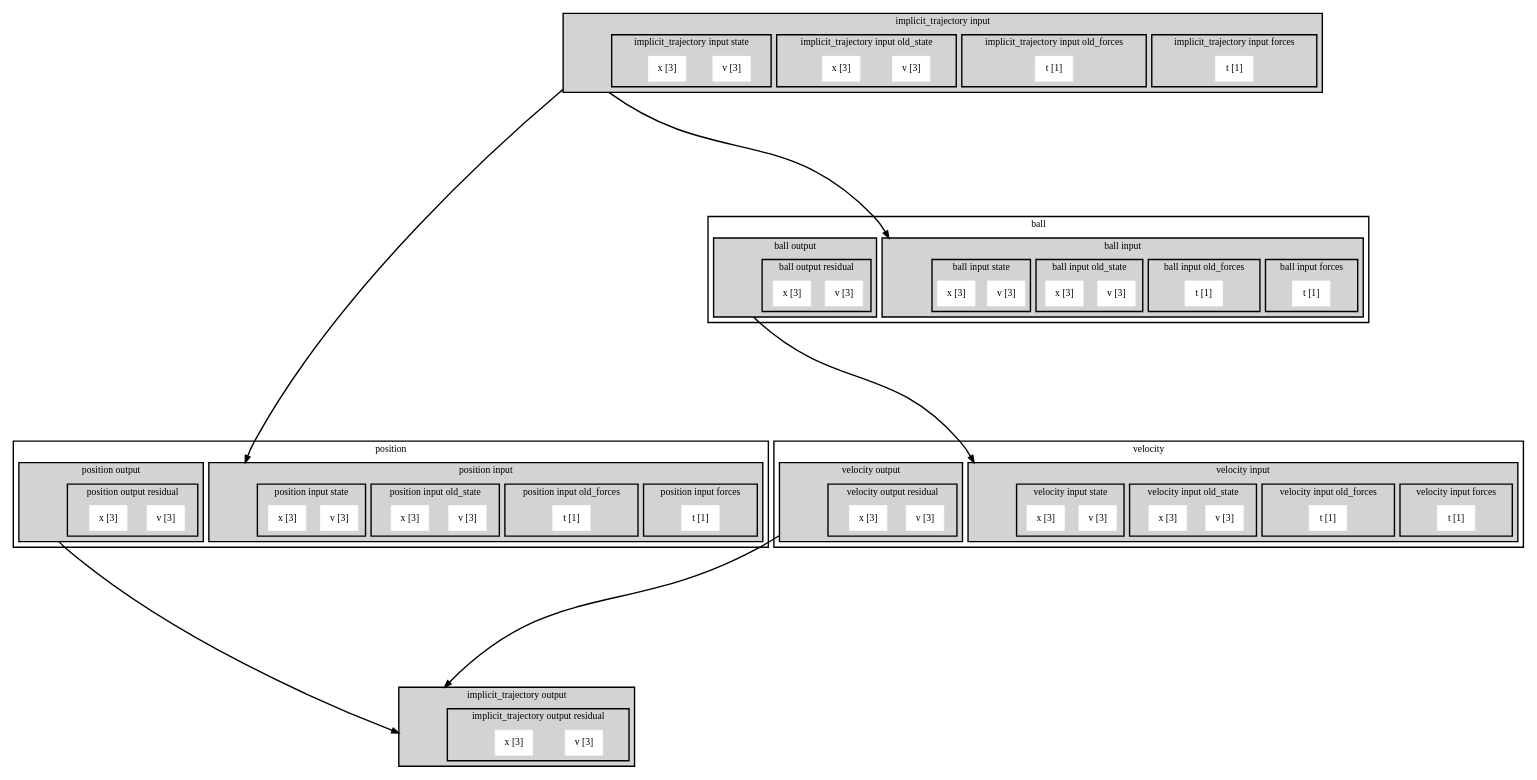
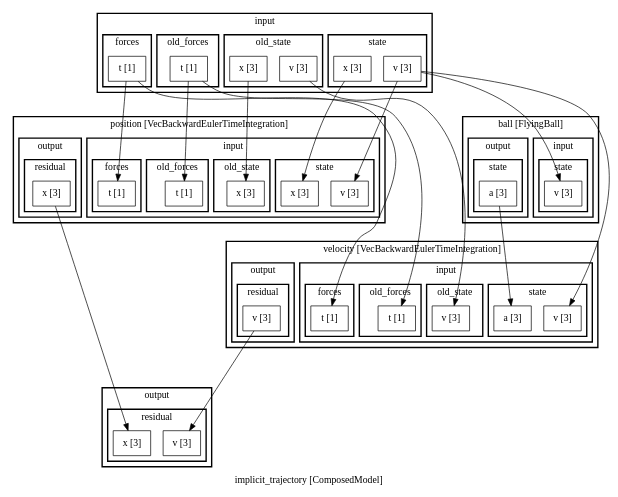
The diagram in implicit_trajectory.dot (hugary1995/neml2-workshop), drawn with Graphviz before and after one commit. The commit also changed 1 other file, not shown here.

```diff
--- a/implicit_trajectory.dot
+++ b/implicit_trajectory.dot
@@ -1,170 +1,123 @@
-digraph {
-compound = true
-graph [ranksep = 4, penwidth = 2]
-subgraph cluster_1 {
-label = "implicit_trajectory input"
-bgcolor = lightgrey
-"implicit_trajectory input" [label = "", style = invis]
-subgraph cluster_2 {
-label = "implicit_trajectory input forces"
-bgcolor = lightgrey
-"implicit_trajectory input forces t" [style = filled, color = white, shape = Square, label = "t [1]"]
+digraph cluster_0 {
+  graph [ranksep = 2; penwidth = 2;];
+  label = "implicit_trajectory [ComposedModel]";
+  subgraph cluster_1 {
+    label = "input";
+    subgraph cluster_2 {
+      label = "forces";
+      "implicit_trajectory/input/forces/t" [shape = Square;label = "t [1]";];
+    }
+    subgraph cluster_3 {
+      label = "old_forces";
+      "implicit_trajectory/input/old_forces/t" [shape = Square;label = "t [1]";];
+    }
+    subgraph cluster_4 {
+      label = "old_state";
+      "implicit_trajectory/input/old_state/v" [shape = Square;label = "v [3]";];
+      "implicit_trajectory/input/old_state/x" [shape = Square;label = "x [3]";];
+    }
+    subgraph cluster_5 {
+      label = "state";
+      "implicit_trajectory/input/state/v" [shape = Square;label = "v [3]";];
+      "implicit_trajectory/input/state/x" [shape = Square;label = "x [3]";];
+    }
+  }
+  subgraph cluster_6 {
+    label = "output";
+    subgraph cluster_7 {
+      label = "residual";
+      "implicit_trajectory/output/residual/v" [shape = Square;label = "v [3]";];
+      "implicit_trajectory/output/residual/x" [shape = Square;label = "x [3]";];
+    }
+  }
+  subgraph cluster_8 {
+    label = "position [VecBackwardEulerTimeIntegration]";
+    subgraph cluster_9 {
+      label = "input";
+      subgraph cluster_10 {
+        label = "forces";
+        "position/input/forces/t" [shape = Square;label = "t [1]";];
+      }
+      subgraph cluster_11 {
+        label = "old_forces";
+        "position/input/old_forces/t" [shape = Square;label = "t [1]";];
+      }
+      subgraph cluster_12 {
+        label = "old_state";
+        "position/input/old_state/x" [shape = Square;label = "x [3]";];
+      }
+      subgraph cluster_13 {
+        label = "state";
+        "position/input/state/v" [shape = Square;label = "v [3]";];
+        "position/input/state/x" [shape = Square;label = "x [3]";];
+      }
+    }
+    subgraph cluster_14 {
+      label = "output";
+      subgraph cluster_15 {
+        label = "residual";
+        "position/output/residual/x" [shape = Square;label = "x [3]";];
+      }
+    }
+  }
+  subgraph cluster_16 {
+    label = "ball [FlyingBall]";
+    subgraph cluster_17 {
+      label = "input";
+      subgraph cluster_18 {
+        label = "state";
+        "ball/input/state/v" [shape = Square;label = "v [3]";];
+      }
+    }
+    subgraph cluster_19 {
+      label = "output";
+      subgraph cluster_20 {
+        label = "state";
+        "ball/output/state/a" [shape = Square;label = "a [3]";];
+      }
+    }
+  }
+  subgraph cluster_21 {
+    label = "velocity [VecBackwardEulerTimeIntegration]";
+    subgraph cluster_22 {
+      label = "input";
+      subgraph cluster_23 {
+        label = "forces";
+        "velocity/input/forces/t" [shape = Square;label = "t [1]";];
+      }
+      subgraph cluster_24 {
+        label = "old_forces";
+        "velocity/input/old_forces/t" [shape = Square;label = "t [1]";];
+      }
+      subgraph cluster_25 {
+        label = "old_state";
+        "velocity/input/old_state/v" [shape = Square;label = "v [3]";];
+      }
+      subgraph cluster_26 {
+        label = "state";
+        "velocity/input/state/a" [shape = Square;label = "a [3]";];
+        "velocity/input/state/v" [shape = Square;label = "v [3]";];
+      }
+    }
+    subgraph cluster_27 {
+      label = "output";
+      subgraph cluster_28 {
+        label = "residual";
+        "velocity/output/residual/v" [shape = Square;label = "v [3]";];
+      }
+    }
+  }
+  "implicit_trajectory/input/forces/t" -> "position/input/forces/t";
+  "implicit_trajectory/input/forces/t" -> "velocity/input/forces/t";
+  "implicit_trajectory/input/old_forces/t" -> "position/input/old_forces/t";
+  "implicit_trajectory/input/old_forces/t" -> "velocity/input/old_forces/t";
+  "implicit_trajectory/input/old_state/v" -> "velocity/input/old_state/v";
+  "implicit_trajectory/input/old_state/x" -> "position/input/old_state/x";
+  "implicit_trajectory/input/state/v" -> "position/input/state/v";
+  "implicit_trajectory/input/state/v" -> "ball/input/state/v";
+  "implicit_trajectory/input/state/v" -> "velocity/input/state/v";
+  "implicit_trajectory/input/state/x" -> "position/input/state/x";
+  "ball/output/state/a" -> "velocity/input/state/a";
+  "velocity/output/residual/v" -> "implicit_trajectory/output/residual/v";
+  "position/output/residual/x" -> "implicit_trajectory/output/residual/x";
 }
-subgraph cluster_3 {
-label = "implicit_trajectory input old_forces"
-bgcolor = lightgrey
-"implicit_trajectory input old_forces t" [style = filled, color = white, shape = Square, label = "t [1]"]
-}
-subgraph cluster_4 {
-label = "implicit_trajectory input old_state"
-bgcolor = lightgrey
-"implicit_trajectory input old_state v" [style = filled, color = white, shape = Square, label = "v [3]"]
-"implicit_trajectory input old_state x" [style = filled, color = white, shape = Square, label = "x [3]"]
-}
-subgraph cluster_5 {
-label = "implicit_trajectory input state"
-bgcolor = lightgrey
-"implicit_trajectory input state v" [style = filled, color = white, shape = Square, label = "v [3]"]
-"implicit_trajectory input state x" [style = filled, color = white, shape = Square, label = "x [3]"]
-}
-}
-subgraph cluster_6 {
-label = "position"
-subgraph cluster_7 {
-label = "position input"
-bgcolor = lightgrey
-"position input" [label = "", style = invis]
-subgraph cluster_8 {
-label = "position input forces"
-bgcolor = lightgrey
-"position input forces t" [style = filled, color = white, shape = Square, label = "t [1]"]
-}
-subgraph cluster_9 {
-label = "position input old_forces"
-bgcolor = lightgrey
-"position input old_forces t" [style = filled, color = white, shape = Square, label = "t [1]"]
-}
-subgraph cluster_10 {
-label = "position input old_state"
-bgcolor = lightgrey
-"position input old_state v" [style = filled, color = white, shape = Square, label = "v [3]"]
-"position input old_state x" [style = filled, color = white, shape = Square, label = "x [3]"]
-}
-subgraph cluster_11 {
-label = "position input state"
-bgcolor = lightgrey
-"position input state v" [style = filled, color = white, shape = Square, label = "v [3]"]
-"position input state x" [style = filled, color = white, shape = Square, label = "x [3]"]
-}
-}
-subgraph cluster_12 {
-label = "position output"
-bgcolor = lightgrey
-"position output" [label = "", style = invis]
-subgraph cluster_13 {
-label = "position output residual"
-bgcolor = lightgrey
-"position output residual v" [style = filled, color = white, shape = Square, label = "v [3]"]
-"position output residual x" [style = filled, color = white, shape = Square, label = "x [3]"]
-}
-}
-"implicit_trajectory input" -> "position input"[ltail = cluster_1, lhead = cluster_7, penwidth = 2]
-}
-subgraph cluster_14 {
-label = "ball"
-subgraph cluster_15 {
-label = "ball input"
-bgcolor = lightgrey
-"ball input" [label = "", style = invis]
-subgraph cluster_16 {
-label = "ball input forces"
-bgcolor = lightgrey
-"ball input forces t" [style = filled, color = white, shape = Square, label = "t [1]"]
-}
-subgraph cluster_17 {
-label = "ball input old_forces"
-bgcolor = lightgrey
-"ball input old_forces t" [style = filled, color = white, shape = Square, label = "t [1]"]
-}
-subgraph cluster_18 {
-label = "ball input old_state"
-bgcolor = lightgrey
-"ball input old_state v" [style = filled, color = white, shape = Square, label = "v [3]"]
-"ball input old_state x" [style = filled, color = white, shape = Square, label = "x [3]"]
-}
-subgraph cluster_19 {
-label = "ball input state"
-bgcolor = lightgrey
-"ball input state v" [style = filled, color = white, shape = Square, label = "v [3]"]
-"ball input state x" [style = filled, color = white, shape = Square, label = "x [3]"]
-}
-}
-subgraph cluster_20 {
-label = "ball output"
-bgcolor = lightgrey
-"ball output" [label = "", style = invis]
-subgraph cluster_21 {
-label = "ball output residual"
-bgcolor = lightgrey
-"ball output residual v" [style = filled, color = white, shape = Square, label = "v [3]"]
-"ball output residual x" [style = filled, color = white, shape = Square, label = "x [3]"]
-}
-}
-"implicit_trajectory input" -> "ball input"[ltail = cluster_1, lhead = cluster_15, penwidth = 2]
-}
-subgraph cluster_22 {
-label = "velocity"
-subgraph cluster_23 {
-label = "velocity input"
-bgcolor = lightgrey
-"velocity input" [label = "", style = invis]
-subgraph cluster_24 {
-label = "velocity input forces"
-bgcolor = lightgrey
-"velocity input forces t" [style = filled, color = white, shape = Square, label = "t [1]"]
-}
-subgraph cluster_25 {
-label = "velocity input old_forces"
-bgcolor = lightgrey
-"velocity input old_forces t" [style = filled, color = white, shape = Square, label = "t [1]"]
-}
-subgraph cluster_26 {
-label = "velocity input old_state"
-bgcolor = lightgrey
-"velocity input old_state v" [style = filled, color = white, shape = Square, label = "v [3]"]
-"velocity input old_state x" [style = filled, color = white, shape = Square, label = "x [3]"]
-}
-subgraph cluster_27 {
-label = "velocity input state"
-bgcolor = lightgrey
-"velocity input state v" [style = filled, color = white, shape = Square, label = "v [3]"]
-"velocity input state x" [style = filled, color = white, shape = Square, label = "x [3]"]
-}
-}
-subgraph cluster_28 {
-label = "velocity output"
-bgcolor = lightgrey
-"velocity output" [label = "", style = invis]
-subgraph cluster_29 {
-label = "velocity output residual"
-bgcolor = lightgrey
-"velocity output residual v" [style = filled, color = white, shape = Square, label = "v [3]"]
-"velocity output residual x" [style = filled, color = white, shape = Square, label = "x [3]"]
-}
-}
-"ball output" -> "velocity input"[ltail = cluster_20, lhead = cluster_23, penwidth = 2]
-}
-subgraph cluster_31 {
-label = "implicit_trajectory output"
-bgcolor = lightgrey
-"implicit_trajectory output" [label = "", style = invis]
-subgraph cluster_32 {
-label = "implicit_trajectory output residual"
-bgcolor = lightgrey
-"implicit_trajectory output residual v" [style = filled, color = white, shape = Square, label = "v [3]"]
-"implicit_trajectory output residual x" [style = filled, color = white, shape = Square, label = "x [3]"]
-}
-}
-"position output" -> "implicit_trajectory output"[ltail = cluster_12, lhead = cluster_31, penwidth = 2]
-"velocity output" -> "implicit_trajectory output"[ltail = cluster_28, lhead = cluster_31, penwidth = 2]
-}
```
